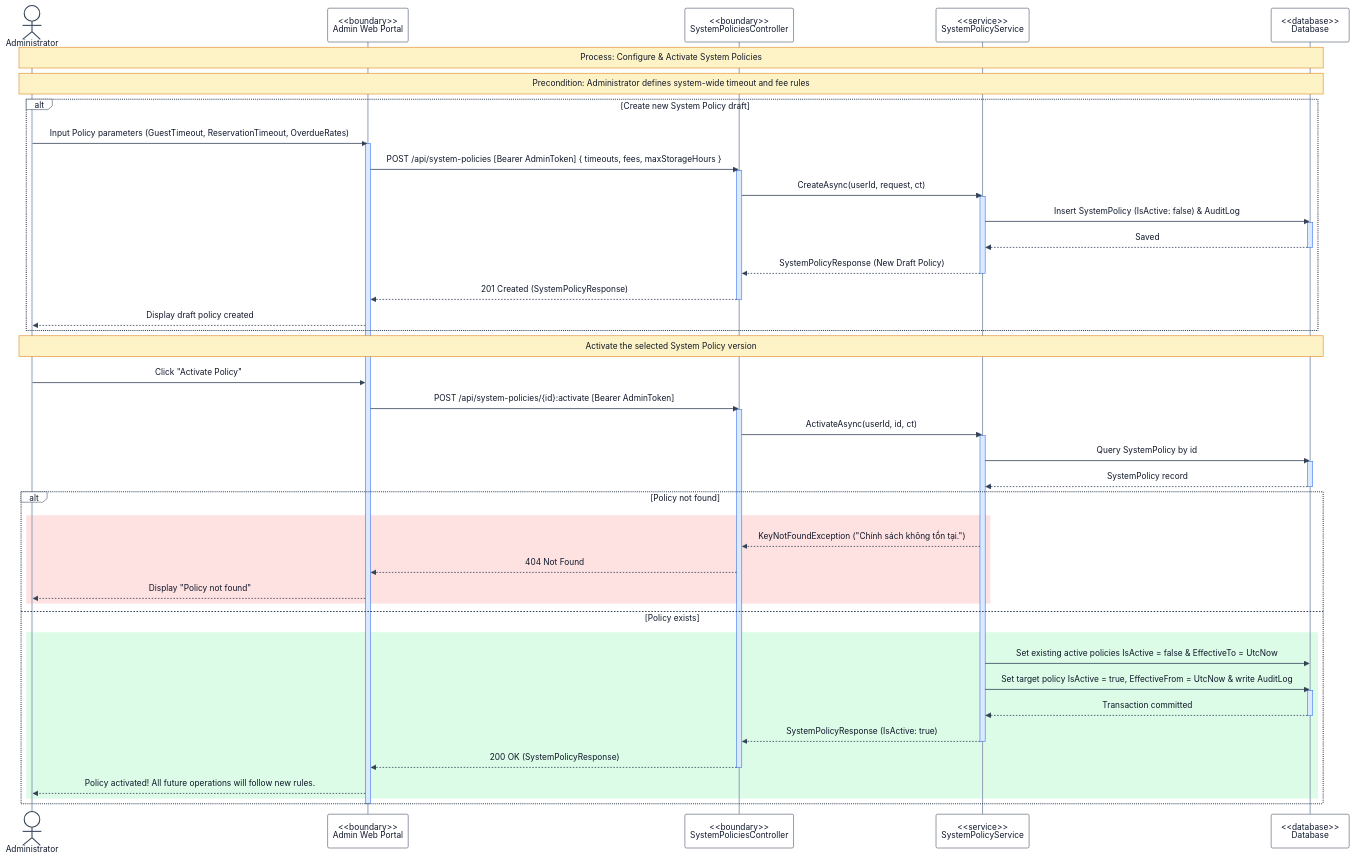
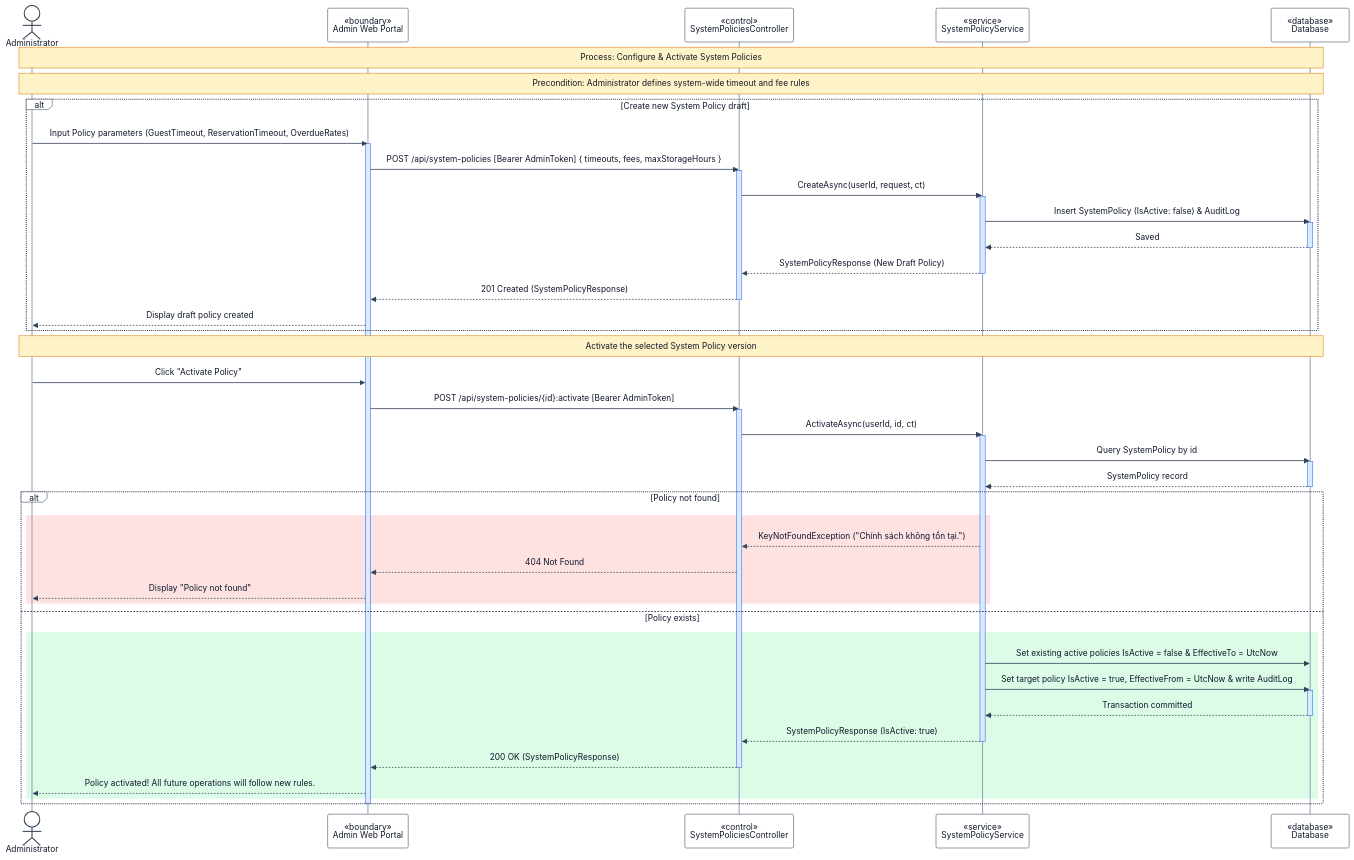
Before and after one commit to se-05-sdlms/smart-locking-diagram: the diagram in RP4/3.8 Administration, Assignment & System Audit/3.8.4 Configure & Activate System Policies Sequence Diagram.md, drawn with Mermaid. The commit also changed 36 other files, not shown here.

Commit message:
Update diagram

```diff
--- a/RP4/3.8 Administration, Assignment & System Audit/3.8.4 Configure & Activate System Policies Sequence Diagram.md
+++ b/RP4/3.8 Administration, Assignment & System Audit/3.8.4 Configure & Activate System Policies Sequence Diagram.md
@@ -21,10 +21,10 @@
 sequenceDiagram
 
 actor ADMIN as Administrator
-participant WEB as <<boundary>><br/>Admin Web Portal
-participant CTRL as <<boundary>><br/>SystemPoliciesController
-participant SVC as <<service>><br/>SystemPolicyService
-participant DB as <<database>><br/>Database
+participant WEB as «boundary»<br/>Admin Web Portal
+participant CTRL as «control»<br/>SystemPoliciesController
+participant SVC as «service»<br/>SystemPolicyService
+participant DB as «database»<br/>Database
 
 Note over ADMIN,DB: Process: Configure & Activate System Policies
 Note over ADMIN,DB: Precondition: Administrator defines system-wide timeout and fee rules
```
